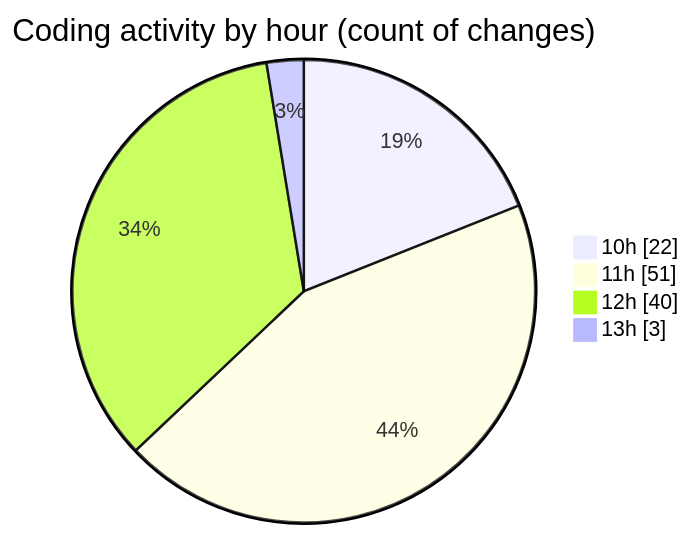
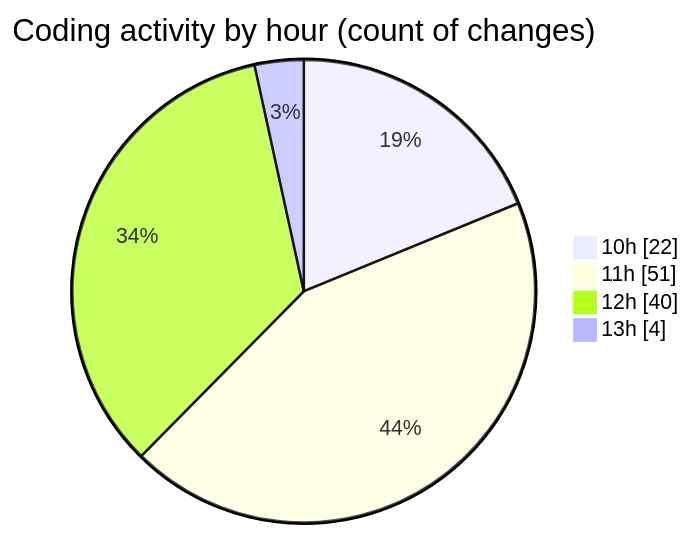
One commit to momahboobian/code-tracking changed the second of 2 diagrams in 2025-04-29/cda/README.md. Above: the diagram before and after it, drawn with Mermaid. The commit also changed other lines of this file and 1 other file, not shown here.

````diff
--- a/2025-04-29/cda/README.md
+++ b/2025-04-29/cda/README.md
@@ -50,8 +51,8 @@
 ```mermaid
 pie showData
 title Coding activity by hour (count of changes)
 "10h" : 22
 "11h" : 51
 "12h" : 40
-"13h" : 3
+"13h" : 4
 ```
````
